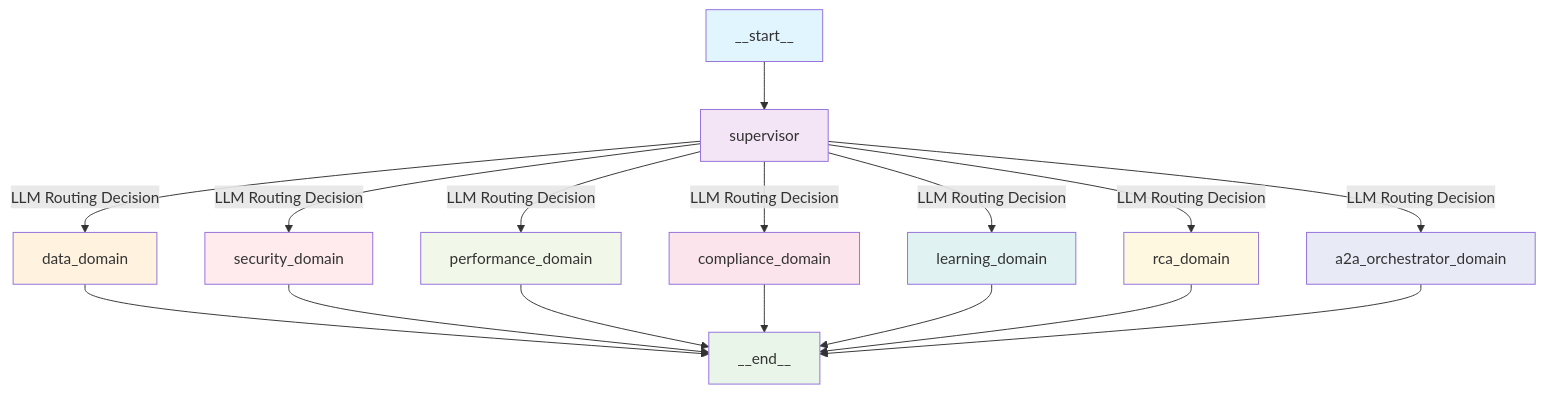
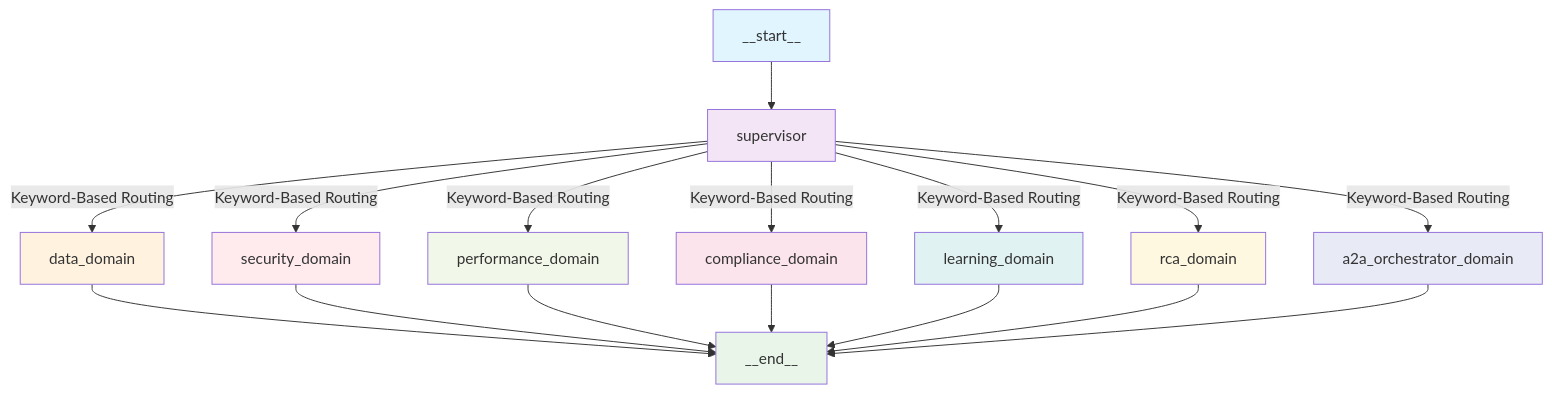
The first of 5 diagrams in README.md (rrbanda/xaiops), drawn with Mermaid before and after one commit. The commit also changed other lines of this file and 11 other files, not shown here.

````diff
--- a/README.md
+++ b/README.md
@@ -35,31 +35,31 @@
 ```mermaid
 graph TD
     A[__start__] --> B[supervisor]
     
-    B -->|LLM Routing Decision| C[data_domain]
-    B -->|LLM Routing Decision| D[security_domain]
-    B -->|LLM Routing Decision| E[performance_domain]
-    B -->|LLM Routing Decision| F[compliance_domain]
-    B -->|LLM Routing Decision| G[learning_domain]
-    B -->|LLM Routing Decision| H[rca_domain]
-    B -->|LLM Routing Decision| I[a2a_orchestrator_domain]
+    B -->|Keyword-Based Routing| C[data_domain]
+    B -->|Keyword-Based Routing| D[security_domain]
+    B -->|Keyword-Based Routing| E[performance_domain]
+    B -->|Keyword-Based Routing| F[compliance_domain]
+    B -->|Keyword-Based Routing| G[learning_domain]
+    B -->|Keyword-Based Routing| H[rca_domain]
+    B -->|Keyword-Based Routing| I[a2a_orchestrator_domain]
     
     C --> J[__end__]
     D --> J
     E --> J
     F --> J
     G --> J
     H --> J
     I --> J
     
     style A fill:#e1f5fe
     style B fill:#f3e5f5
     style J fill:#e8f5e8
     style C fill:#fff3e0
     style D fill:#ffebee
     style E fill:#f1f8e9
     style F fill:#fce4ec
     style G fill:#e0f2f1
     style H fill:#fff8e1
     style I fill:#e8eaf6
 ```
````
